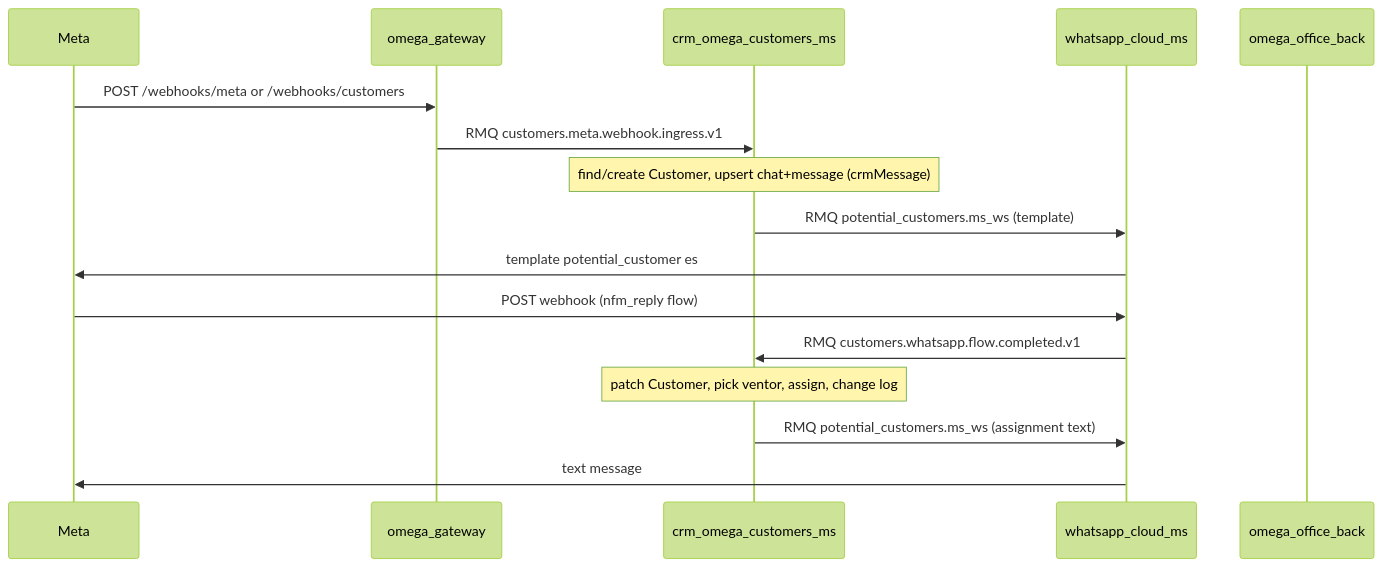
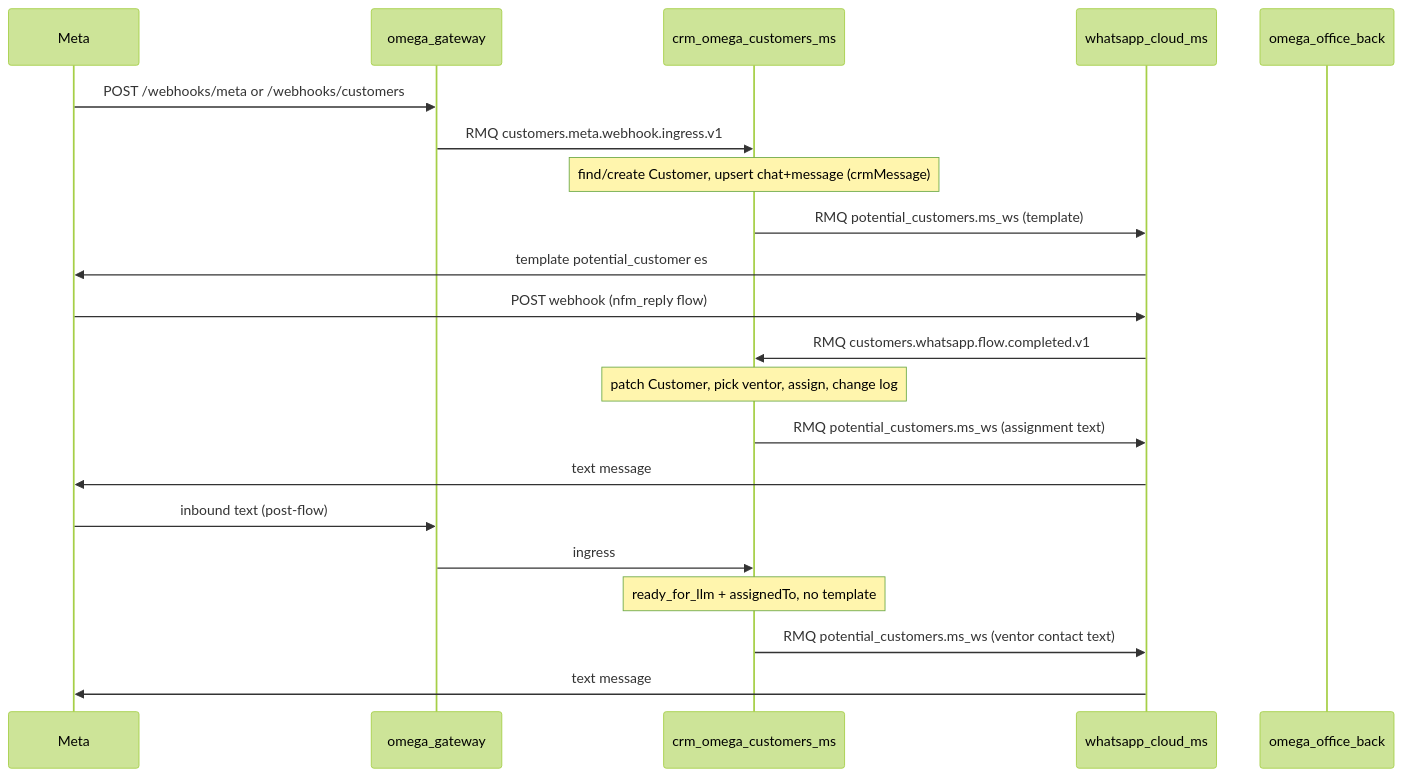
The diagram in docs/meta-potential-customer-whatsapp-funnel.md (crisari666/crm_omega_customers_ms), drawn with Mermaid (forest theme) before and after one commit. The commit also changed other lines of this file and 5 other files, not shown here.

First line of the commit message:
feat(customer-meta): auto-reply ventor contact on post-flow inbound

````diff
--- a/docs/meta-potential-customer-whatsapp-funnel.md
+++ b/docs/meta-potential-customer-whatsapp-funnel.md
@@ -19,19 +19,24 @@
 ```mermaid
 sequenceDiagram
   participant Meta
   participant Gateway as omega_gateway
   participant Customers as crm_omega_customers_ms
   participant WsMs as whatsapp_cloud_ms
   participant Office as omega_office_back
 
   Meta->>Gateway: POST /webhooks/meta or /webhooks/customers
   Gateway->>Customers: RMQ customers.meta.webhook.ingress.v1
   Note over Customers: find/create Customer, upsert chat+message (crmMessage)
   Customers->>WsMs: RMQ potential_customers.ms_ws (template)
   WsMs->>Meta: template potential_customer es
   Meta->>WsMs: POST webhook (nfm_reply flow)
   WsMs->>Customers: RMQ customers.whatsapp.flow.completed.v1
   Note over Customers: patch Customer, pick ventor, assign, change log
   Customers->>WsMs: RMQ potential_customers.ms_ws (assignment text)
   WsMs->>Meta: text message
+  Meta->>Gateway: inbound text (post-flow)
+  Gateway->>Customers: ingress
+  Note over Customers: ready_for_llm + assignedTo, no template
+  Customers->>WsMs: RMQ potential_customers.ms_ws (ventor contact text)
+  WsMs->>Meta: text message
 ```
````
